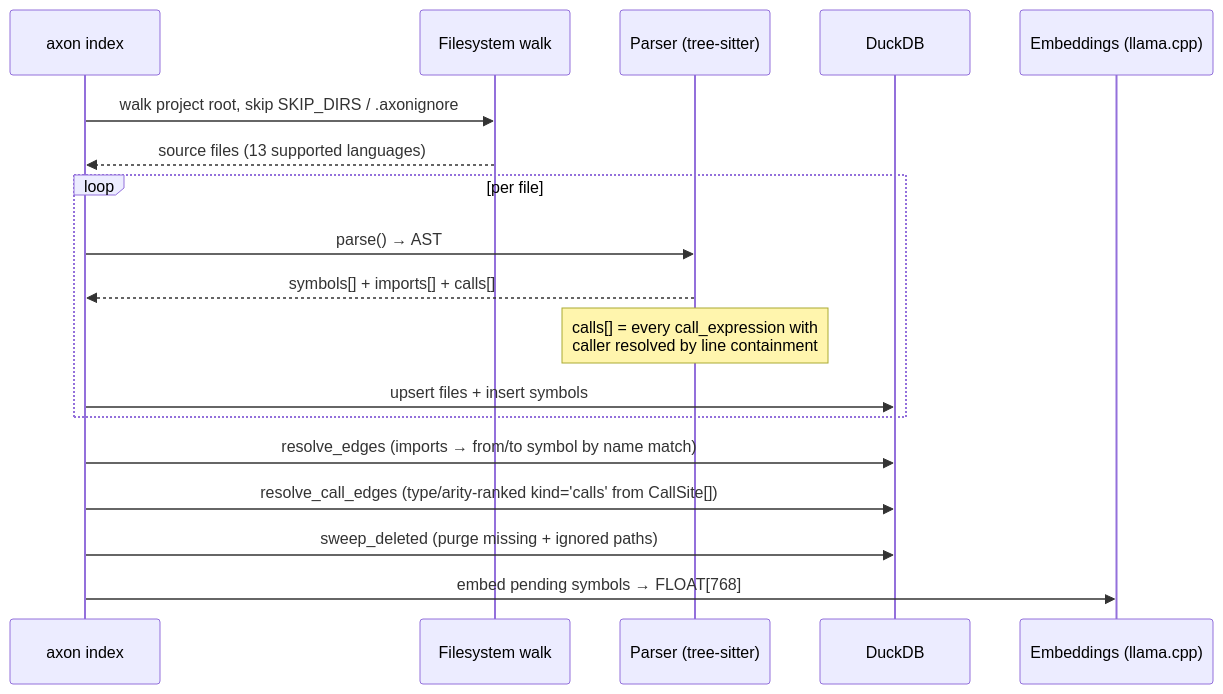
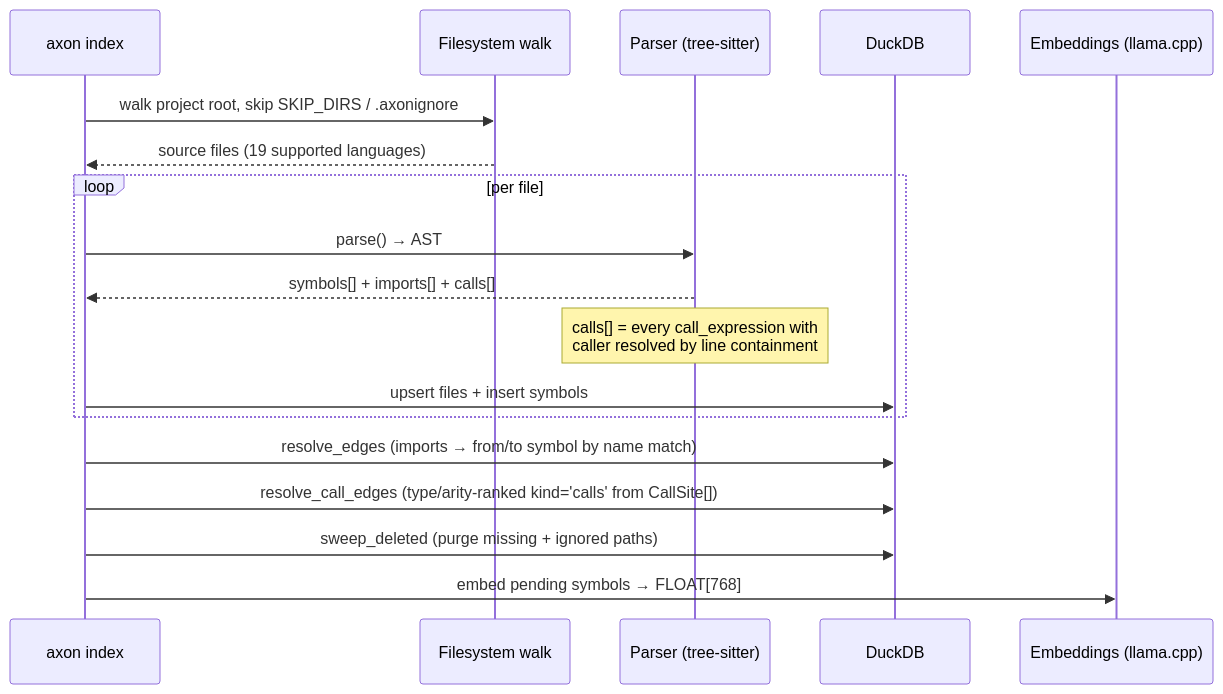
The first of 2 diagrams in docs/en/architecture.md (HideakiSolutions/axon), drawn with Mermaid before and after one commit. The commit also changed 28 other files, not shown here.

````diff
--- a/docs/en/architecture.md
+++ b/docs/en/architecture.md
@@ -36,21 +36,21 @@
 ```mermaid
 sequenceDiagram
     participant CLI as axon index
     participant W as Filesystem walk
     participant P as Parser (tree-sitter)
     participant DB as DuckDB
     participant E as Embeddings (llama.cpp)
 
     CLI->>W: walk project root, skip SKIP_DIRS / .axonignore
-    W-->>CLI: source files (13 supported languages)
+    W-->>CLI: source files (19 supported languages)
     loop per file
         CLI->>P: parse() → AST
         P-->>CLI: symbols[] + imports[] + calls[]
         Note over P: calls[] = every call_expression with<br/>caller resolved by line containment
         CLI->>DB: upsert files + insert symbols
     end
     CLI->>DB: resolve_edges (imports → from/to symbol by name match)
     CLI->>DB: resolve_call_edges (type/arity-ranked kind='calls' from CallSite[])
     CLI->>DB: sweep_deleted (purge missing + ignored paths)
     CLI->>E: embed pending symbols → FLOAT[768]
 ```
````
